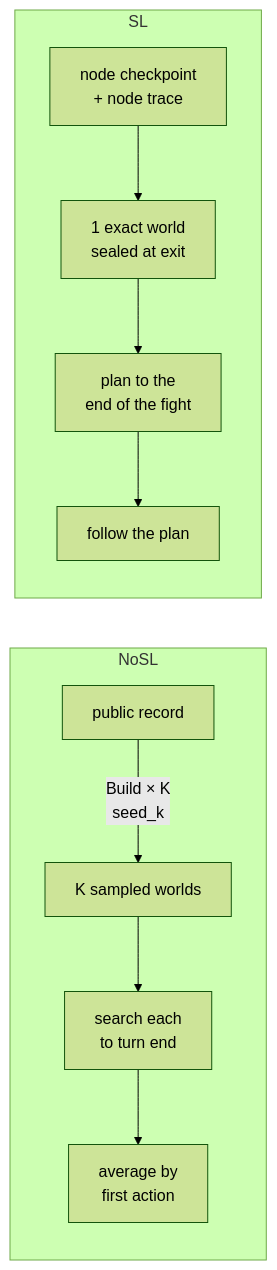
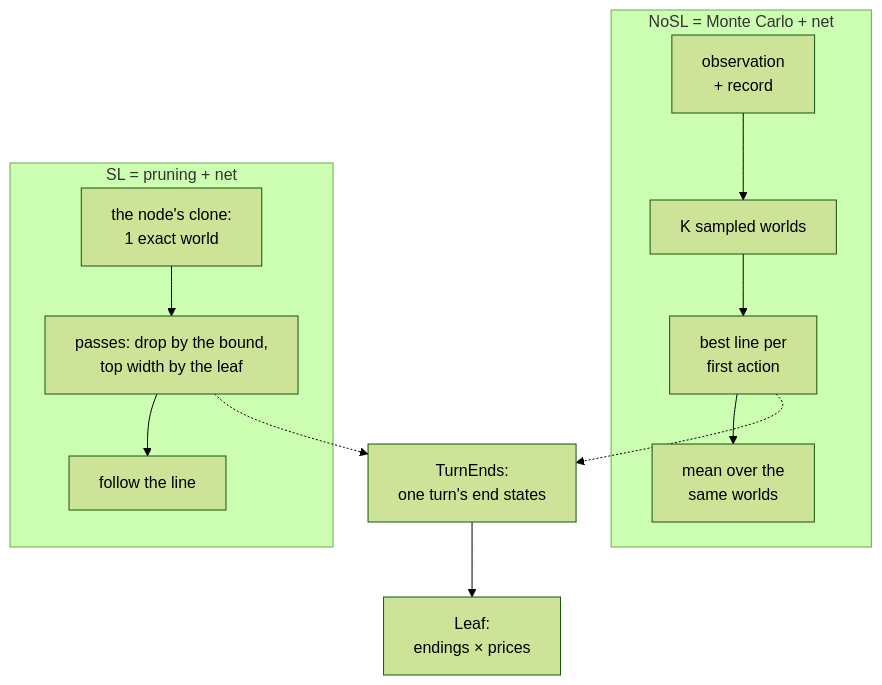
One commit to shinnku-nikaidou/spire-zero changed the diagram in docs/src/content/docs/en/arch/combat-brain/index.mdx. Above: the diagram before and after it, drawn with Mermaid (forest theme). The commit also changed other lines of this file and 42 other files, not shown here.

````diff
--- a/docs/src/content/docs/en/arch/combat-brain/index.mdx
+++ b/docs/src/content/docs/en/arch/combat-brain/index.mdx
@@ -57,11 +94,15 @@
 ```mermaid
-flowchart LR
-  subgraph NoSL
-    R["public record"] -->|"Build × K<br/>seed_k"| W["K sampled worlds"]
-    W --> S1["search each<br/>to turn end"] --> A["average by<br/>first action"]
+flowchart TB
+  subgraph NoSL["NoSL = Monte Carlo + net"]
+    R["observation<br/>+ record"] --> W["K sampled worlds"]
+    W --> N["best line per<br/>first action"]
+    N --> A["mean over the<br/>same worlds"]
   end
-  subgraph SL
-    E["node checkpoint<br/>+ node trace"] --> C["1 exact world<br/>sealed at exit"]
-    C --> S2["plan to the<br/>end of the fight"] --> F["follow the plan"]
+  subgraph SL["SL = pruning + net"]
+    C["the node's clone:<br/>1 exact world"] --> S["passes: drop by the bound,<br/>top width by the leaf"]
+    S --> F["follow the line"]
   end
+  N -.-> T["TurnEnds:<br/>one turn's end states"]
+  S -.-> T
+  T --> L["Leaf:<br/>endings × prices"]
 ```
````
